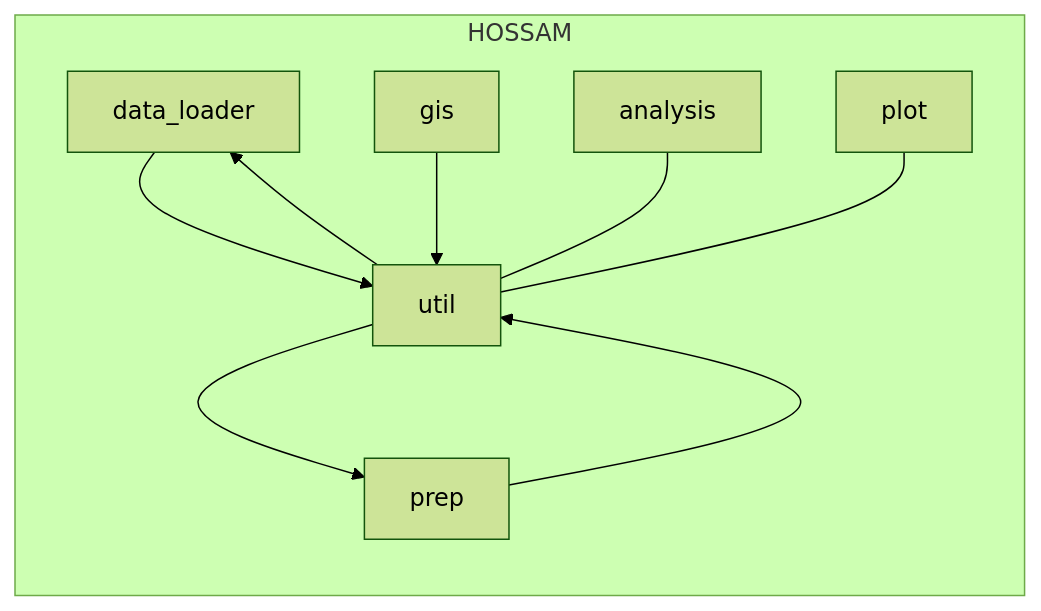
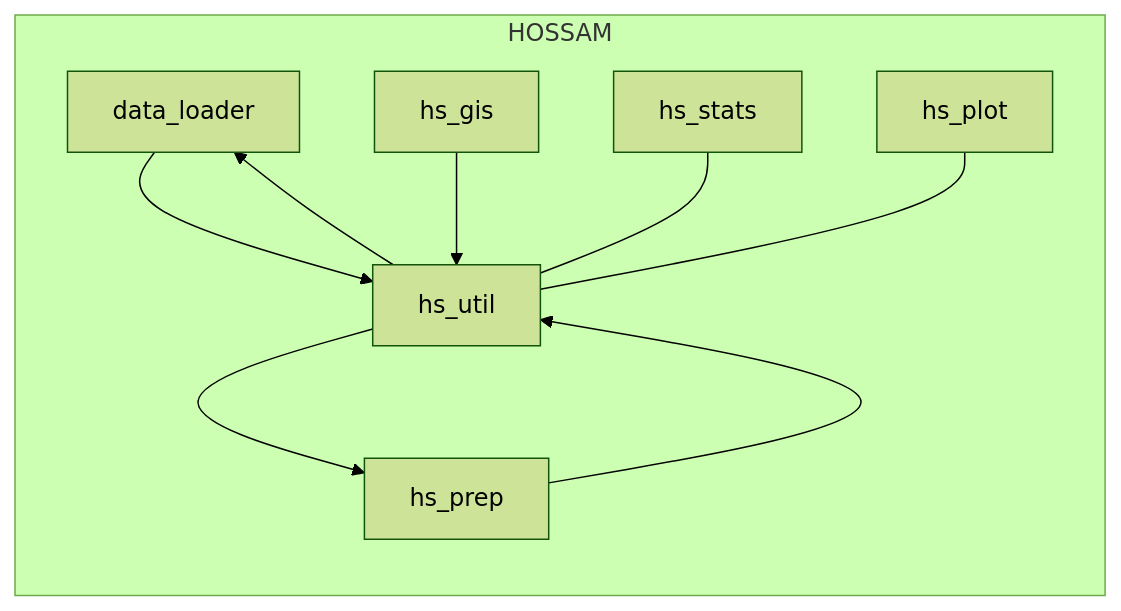
Before and after one commit to leekh4232/hossam-py: the diagram in docs/overview/architecture.md, drawn with Mermaid (forest theme). The commit also changed other lines of this file and 30 other files, not shown here.

````diff
--- a/docs/overview/architecture.md
+++ b/docs/overview/architecture.md
@@ -9,20 +9,20 @@
 ```mermaid
 flowchart LR
     subgraph HOSSAM
       DL[data_loader]
-      PR[prep]
-      UT[util]
-      AN[analysis]
-      PL[plot]
-      GI[gis]
+      PR[hs_prep]
+      UT[hs_util]
+      AN[hs_stats]
+      PL[hs_plot]
+      GI[hs_gis]
     end
 
     UT --> DL
     DL --> UT
     UT --> PR
     GI --> UT
     PR --> UT
 
     AN --- UT
     PL --- UT
 ```
````
